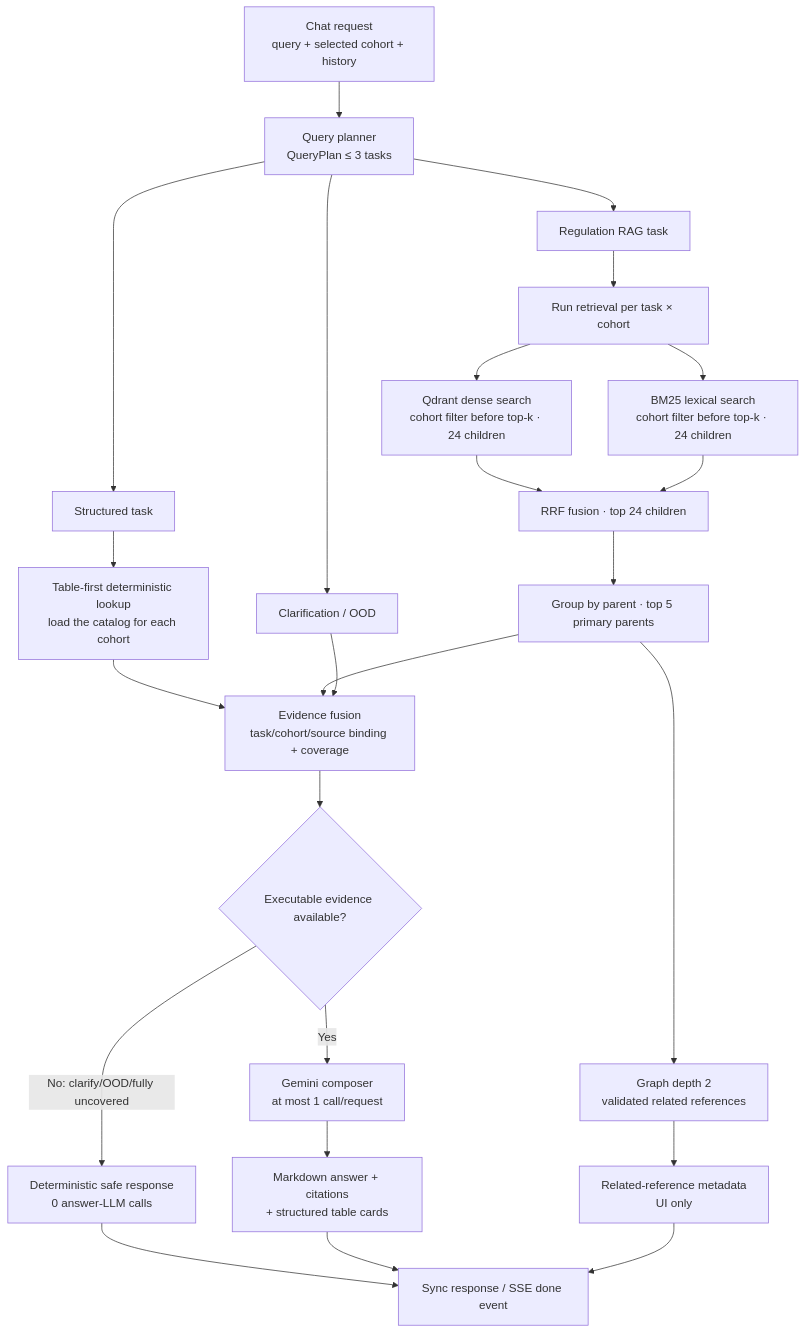
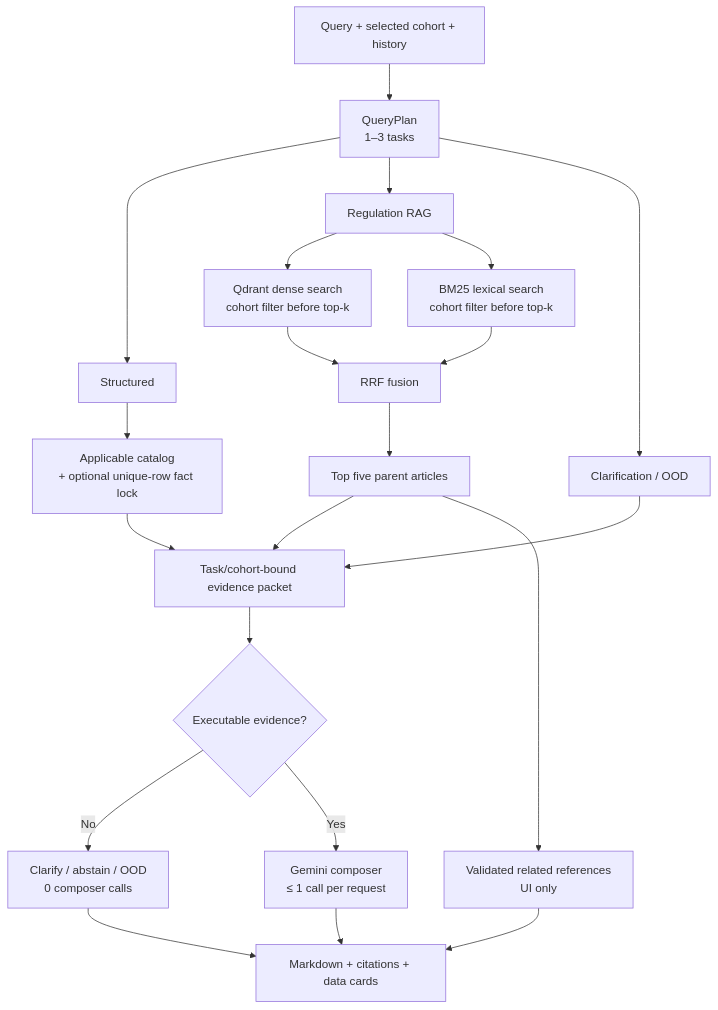
Before and after one commit to AnhPhiNe/student-handbook-rag-chatbot: the second of 3 diagrams in README.md, drawn with Mermaid. The commit also changed other lines of this file, not shown here.

Commit message:
docs: reorganize readme around current architecture and v9.1

````diff
--- a/README.md
+++ b/README.md
@@ -108,30 +66,25 @@
 ```mermaid
 flowchart TD
-    Request["Chat request<br/>query + selected cohort + history"] --> Plan["Query planner<br/>QueryPlan ≤ 3 tasks"]
-    Plan --> S["Structured task"]
-    Plan --> R["Regulation RAG task"]
+    Request["Query + selected cohort + history"] --> Plan["QueryPlan<br/>1–3 tasks"]
+    Plan --> S["Structured"]
+    Plan --> R["Regulation RAG"]
     Plan --> C["Clarification / OOD"]
 
-    S --> Lookup["Table-first deterministic lookup<br/>load the catalog for each cohort"]
-
-    R --> PerCohort["Run retrieval per task × cohort"]
-    PerCohort --> Dense["Qdrant dense search<br/>cohort filter before top-k · 24 children"]
-    PerCohort --> Sparse["BM25 lexical search<br/>cohort filter before top-k · 24 children"]
-    Dense --> RRF["RRF fusion · top 24 children"]
+    S --> Lookup["Applicable catalog<br/>+ optional unique-row fact lock"]
+    R --> Dense["Qdrant dense search<br/>cohort filter before top-k"]
+    R --> Sparse["BM25 lexical search<br/>cohort filter before top-k"]
+    Dense --> RRF["RRF fusion"]
     Sparse --> RRF
-    RRF --> Group["Group by parent · top 5 primary parents"]
-    Group --> Expand["Graph depth 2<br/>validated related references"]
-
-    Lookup --> Packet["Evidence fusion<br/>task/cohort/source binding + coverage"]
-    Group --> Packet
-    Expand --> RelatedUI["Related-reference metadata<br/>UI only"]
+    RRF --> Parents["Top five parent articles"]
+    Parents --> Packet["Task/cohort-bound evidence packet"]
+    Lookup --> Packet
     C --> Packet
 
-    Packet --> Terminal{"Executable evidence available?"}
-    Terminal -->|"No: clarify/OOD/fully uncovered"| Deterministic["Deterministic safe response<br/>0 answer-LLM calls"]
-    Terminal -->|"Yes"| Answer["Gemini composer<br/>at most 1 call/request"]
-    Answer --> Render["Markdown answer + citations<br/>+ structured table cards"]
-    Deterministic --> Response["Sync response / SSE done event"]
-    Render --> Response
-    RelatedUI --> Response
+    Parents --> Graph["Validated related references<br/>UI only"]
+    Packet --> Ready{"Executable evidence?"}
+    Ready -->|"No"| Safe["Clarify / abstain / OOD<br/>0 composer calls"]
+    Ready -->|"Yes"| Answer["Gemini composer<br/>≤ 1 call per request"]
+    Answer --> Response["Markdown + citations + data cards"]
+    Safe --> Response
+    Graph --> Response
 ```
````
